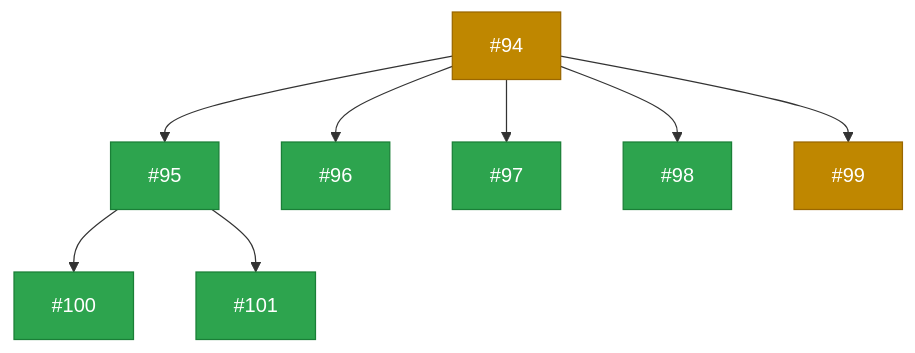
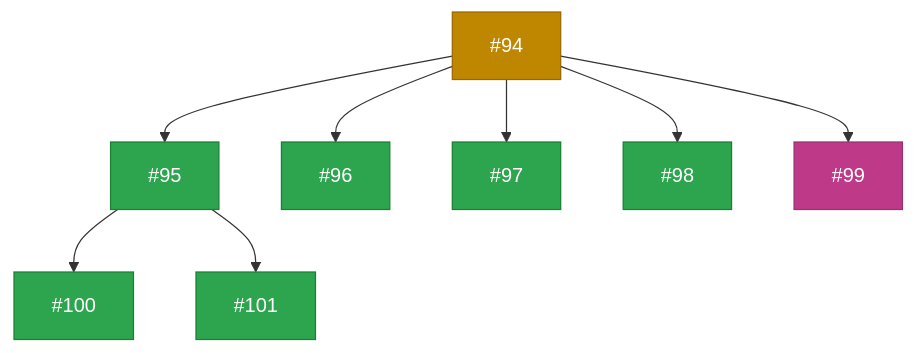
Before and after one commit to zappfish/zapp-requirements-tracker: the ninth of 9 diagrams in README.md, drawn with Mermaid. The commit also changed other lines of this file, not shown here.

Commit message:
Update WBS diagram colors to match project board statuses (#116)

````diff
--- a/README.md
+++ b/README.md
@@ -442,31 +442,31 @@
 ```mermaid
 graph TD
     R7["#94"]:::inprogress
 
     R7A["#95"]:::backlog
     R7B["#96"]:::backlog
     R7C["#97"]:::backlog
     R7D["#98"]:::backlog
-    R7E["#99"]:::inprogress
+    R7E["#99"]:::stable
     R7 --> R7A & R7B & R7C & R7D & R7E
 
     R7A1["#100"]:::backlog
     R7A2["#101"]:::backlog
     R7A --> R7A1 & R7A2
 
     click R7 href "https://github.com/zappfish/zapp-requirements-tracker/issues/94" _blank
     click R7A href "https://github.com/zappfish/zapp-requirements-tracker/issues/95" _blank
     click R7B href "https://github.com/zappfish/zapp-requirements-tracker/issues/96" _blank
     click R7C href "https://github.com/zappfish/zapp-requirements-tracker/issues/97" _blank
     click R7D href "https://github.com/zappfish/zapp-requirements-tracker/issues/98" _blank
     click R7E href "https://github.com/zappfish/zapp-requirements-tracker/issues/99" _blank
     click R7A1 href "https://github.com/zappfish/zapp-requirements-tracker/issues/100" _blank
     click R7A2 href "https://github.com/zappfish/zapp-requirements-tracker/issues/101" _blank
 
     classDef backlog fill:#2da44e,stroke:#1a7f37,color:#fff
     classDef upnext fill:#0969da,stroke:#0550ae,color:#fff
     classDef inprogress fill:#bf8700,stroke:#9a6700,color:#fff
     classDef inreview fill:#8250df,stroke:#6639ba,color:#fff
     classDef stable fill:#bf3989,stroke:#99306f,color:#fff
     classDef done fill:#bc4c00,stroke:#953800,color:#fff
 ```
````
